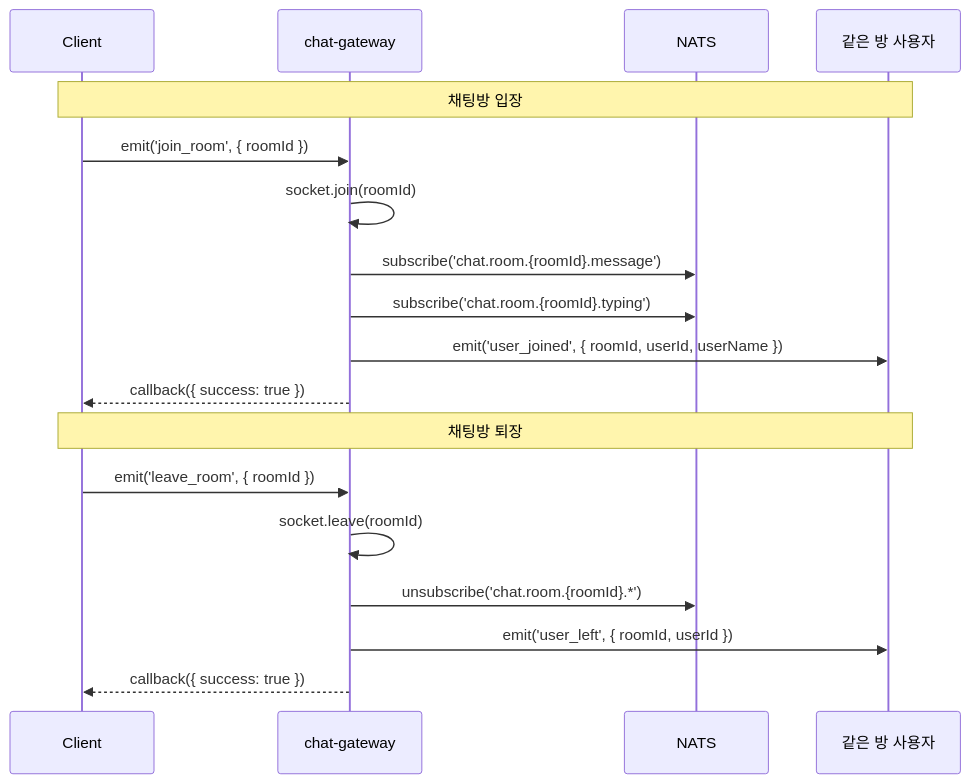
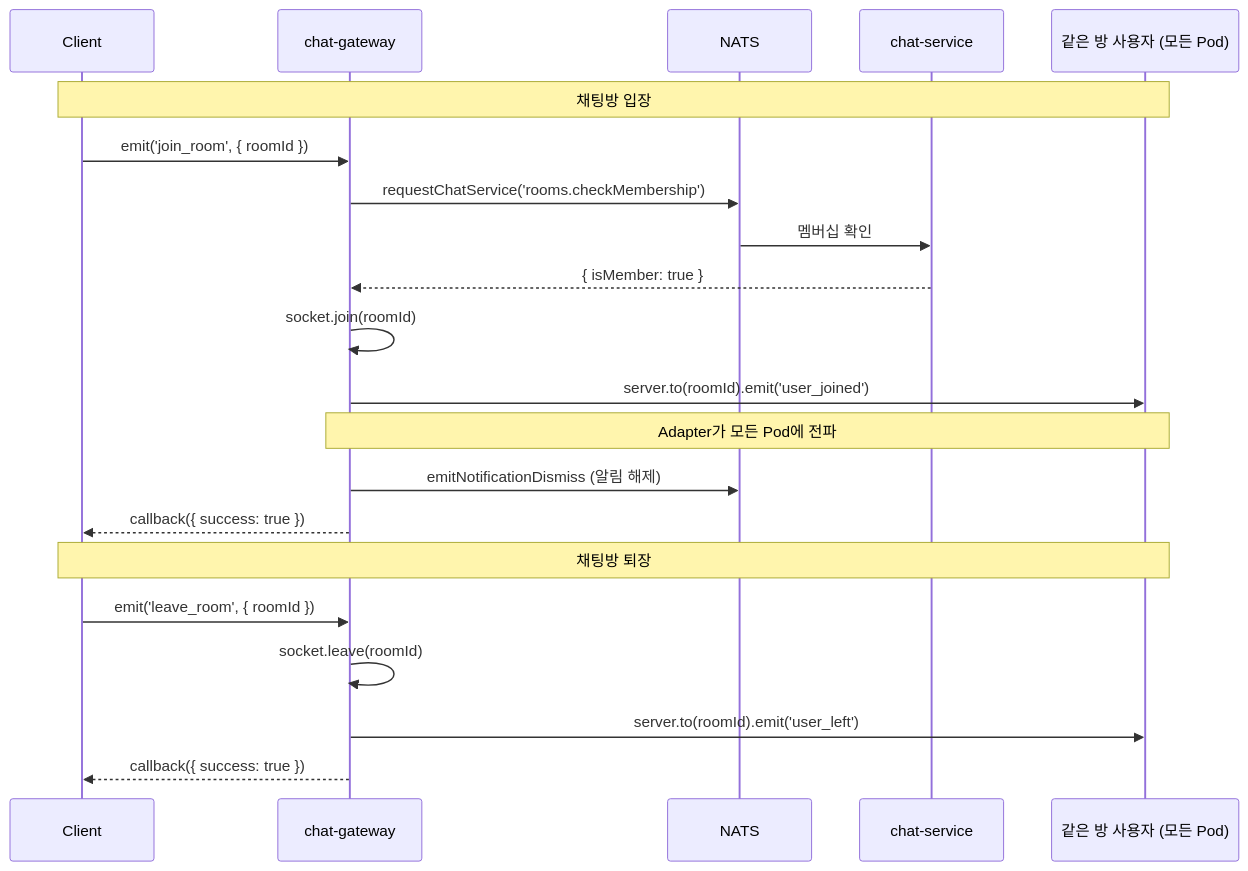
Before and after one commit to uniyous/parkgolf-platform: the eighth of 28 diagrams in docs/CHAT_WORKFLOW.md, drawn with Mermaid. The commit also changed other lines of this file, not shown here.

Commit message:
docs(chat): CHAT_WORKFLOW.md 멀티 레플리카 아키텍처 반영 최신화

````diff
--- a/docs/CHAT_WORKFLOW.md
+++ b/docs/CHAT_WORKFLOW.md
@@ -193,22 +259,25 @@
 ```mermaid
 sequenceDiagram
     participant Client
     participant Gateway as chat-gateway
     participant NATS
-    participant Others as 같은 방 사용자
+    participant ChatSvc as chat-service
+    participant Others as 같은 방 사용자 (모든 Pod)
 
     Note over Client,Others: 채팅방 입장
     Client->>Gateway: emit('join_room', { roomId })
+    Gateway->>NATS: requestChatService('rooms.checkMembership')
+    NATS->>ChatSvc: 멤버십 확인
+    ChatSvc-->>Gateway: { isMember: true }
     Gateway->>Gateway: socket.join(roomId)
-    Gateway->>NATS: subscribe('chat.room.{roomId}.message')
-    Gateway->>NATS: subscribe('chat.room.{roomId}.typing')
-    Gateway->>Others: emit('user_joined', { roomId, userId, userName })
+    Gateway->>Others: server.to(roomId).emit('user_joined')
+    Note over Gateway,Others: Adapter가 모든 Pod에 전파
+    Gateway->>NATS: emitNotificationDismiss (알림 해제)
     Gateway-->>Client: callback({ success: true })
 
     Note over Client,Others: 채팅방 퇴장
     Client->>Gateway: emit('leave_room', { roomId })
     Gateway->>Gateway: socket.leave(roomId)
-    Gateway->>NATS: unsubscribe('chat.room.{roomId}.*')
-    Gateway->>Others: emit('user_left', { roomId, userId })
+    Gateway->>Others: server.to(roomId).emit('user_left')
     Gateway-->>Client: callback({ success: true })
 ```
````
